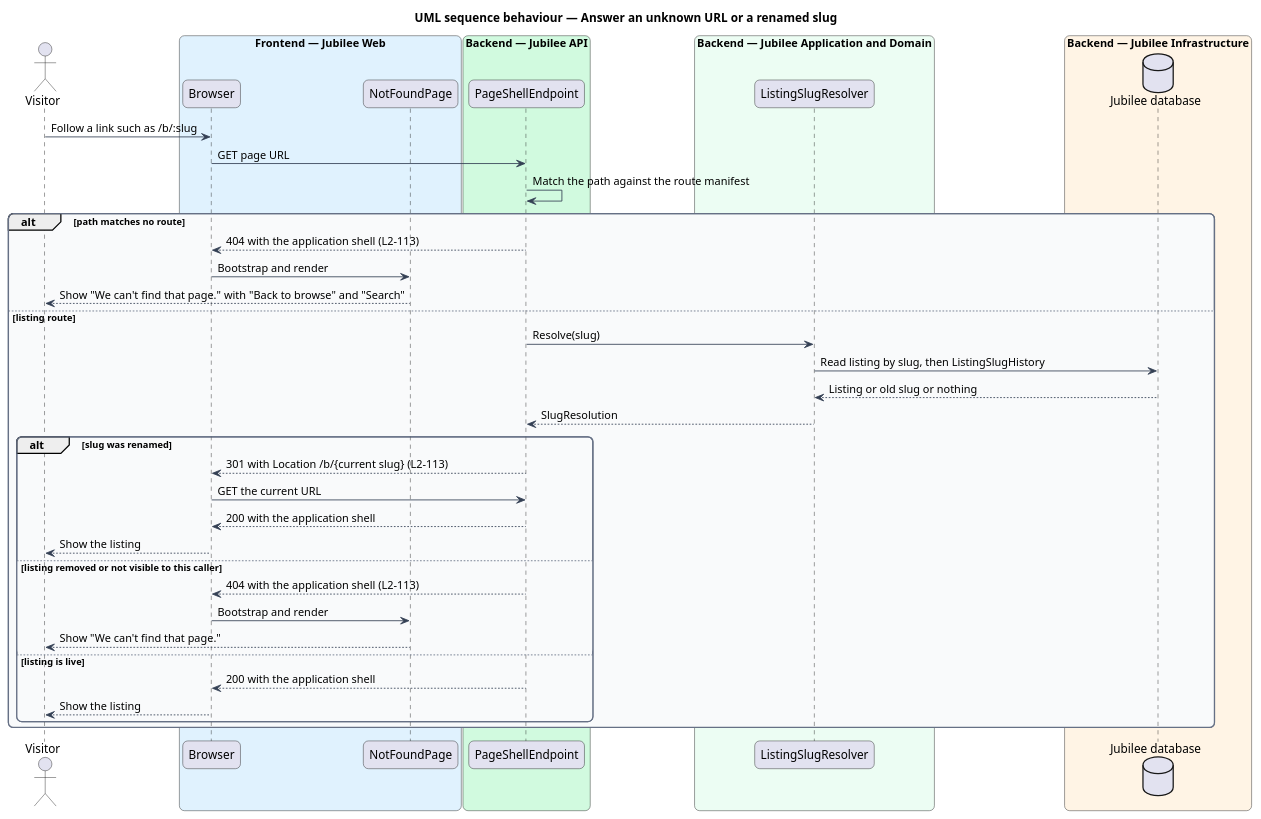
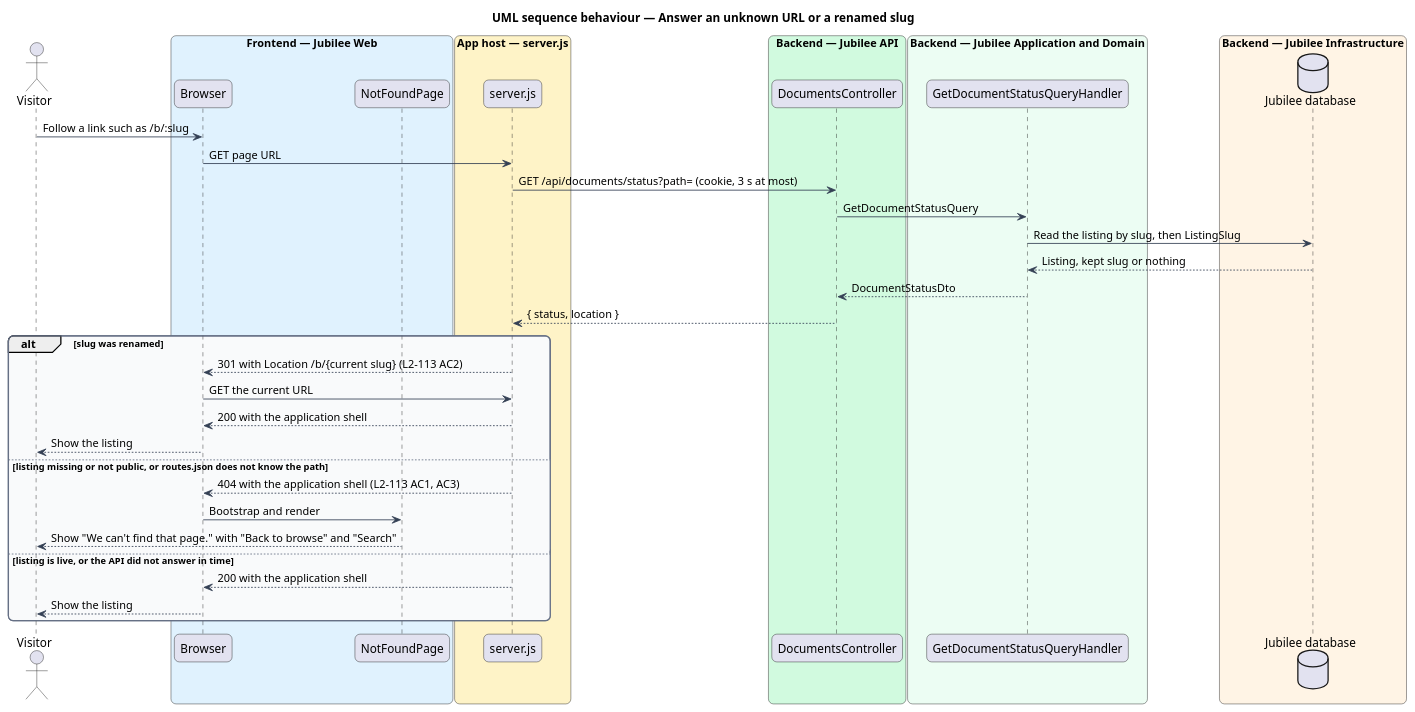
Before and after one commit to QuinntyneBrown/jubilee: the diagram in docs/detailed-designs/system-pages/show-error-pages/diagrams/sequence-not-found-and-slug-redirect.puml, drawn with PlantUML. The commit also changed 23 other files, not shown here.

First line of the commit message:
Requirements, designs and ADR 0056 for finishing journey 23: kept slugs and their 301, page-load statuses from the app's host, static error and maintenance pages, and the team's e-mail of an access request

```diff
--- a/docs/detailed-designs/system-pages/show-error-pages/diagrams/sequence-not-found-and-slug-redirect.puml
+++ b/docs/detailed-designs/system-pages/show-error-pages/diagrams/sequence-not-found-and-slug-redirect.puml
@@ -1,57 +1,55 @@
 @startuml
 title UML sequence behaviour — Answer an unknown URL or a renamed slug
 skinparam backgroundColor #FFFFFF
 skinparam shadowing false
 skinparam roundcorner 12
 skinparam defaultFontName Arial
 skinparam ArrowColor #344054
 skinparam rectangle {
   BorderColor #344054
   FontColor #101828
 }
 skinparam package {
   BorderColor #667085
   FontColor #101828
   BackgroundColor #F9FAFB
 }
 actor "Visitor" as actor
 box "Frontend — Jubilee Web" #E0F2FE
   participant "Browser" as browser
   participant "NotFoundPage" as page
 end box
+box "App host — server.js" #FEF3C7
+  participant "server.js" as host
+end box
 box "Backend — Jubilee API" #D1FADF
-  participant "PageShellEndpoint" as shell
+  participant "DocumentsController" as docs
 end box
 box "Backend — Jubilee Application and Domain" #ECFDF3
-  participant "ListingSlugResolver" as resolver
+  participant "GetDocumentStatusQueryHandler" as handler
 end box
 box "Backend — Jubilee Infrastructure" #FFF4E5
   database "Jubilee database" as db
 end box
 actor -> browser : Follow a link such as /b/:slug
-browser -> shell : GET page URL
-shell -> shell : Match the path against the route manifest
-alt path matches no route
-  shell --> browser : 404 with the application shell (L2-113)
+browser -> host : GET page URL
+host -> docs : GET /api/documents/status?path= (cookie, 3 s at most)
+docs -> handler : GetDocumentStatusQuery
+handler -> db : Read the listing by slug, then ListingSlug
+db --> handler : Listing, kept slug or nothing
+handler --> docs : DocumentStatusDto
+docs --> host : { status, location }
+alt slug was renamed
+  host --> browser : 301 with Location /b/{current slug} (L2-113 AC2)
+  browser -> host : GET the current URL
+  host --> browser : 200 with the application shell
+  browser --> actor : Show the listing
+else listing missing or not public, or routes.json does not know the path
+  host --> browser : 404 with the application shell (L2-113 AC1, AC3)
   browser -> page : Bootstrap and render
   page --> actor : Show "We can't find that page." with "Back to browse" and "Search"
-else listing route
-  shell -> resolver : Resolve(slug)
-  resolver -> db : Read listing by slug, then ListingSlugHistory
-  db --> resolver : Listing or old slug or nothing
-  resolver --> shell : SlugResolution
-  alt slug was renamed
-    shell --> browser : 301 with Location /b/{current slug} (L2-113)
-    browser -> shell : GET the current URL
-    shell --> browser : 200 with the application shell
-    browser --> actor : Show the listing
-  else listing removed or not visible to this caller
-    shell --> browser : 404 with the application shell (L2-113)
-    browser -> page : Bootstrap and render
-    page --> actor : Show "We can't find that page."
-  else listing is live
-    shell --> browser : 200 with the application shell
-    browser --> actor : Show the listing
-  end
+else listing is live, or the API did not answer in time
+  host --> browser : 200 with the application shell
+  browser --> actor : Show the listing
 end
 @enduml
```
